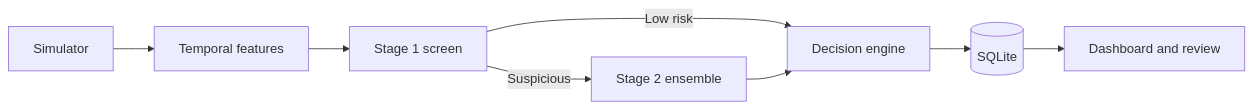
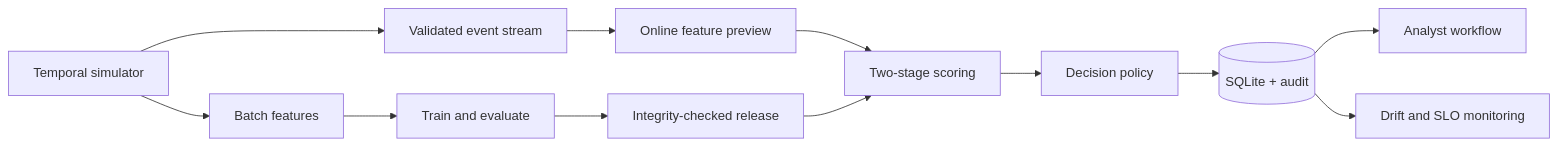
The diagram in README.md (mzatylny/fraud_ops), drawn with Mermaid before and after one commit. The commit also changed other lines of this file and 31 other files, not shown here.

Commit message:
Add model governance and drift monitoring

````diff
--- a/README.md
+++ b/README.md
@@ -24,10 +26,14 @@
 ```mermaid
 flowchart LR
-    A[Simulator] --> B[Temporal features]
-    B --> C[Stage 1 screen]
-    C -->|Suspicious| D[Stage 2 ensemble]
-    C -->|Low risk| E[Decision engine]
-    D --> E
-    E --> F[(SQLite)]
-    F --> G[Dashboard and review]
+    A[Temporal simulator] --> B[Batch features]
+    B --> C[Train and evaluate]
+    C --> D[Integrity-checked release]
+    A --> E[Validated event stream]
+    E --> F[Online feature preview]
+    F --> G[Two-stage scoring]
+    D --> G
+    G --> H[Decision policy]
+    H --> I[(SQLite + audit)]
+    I --> J[Analyst workflow]
+    I --> K[Drift and SLO monitoring]
 ```
````
